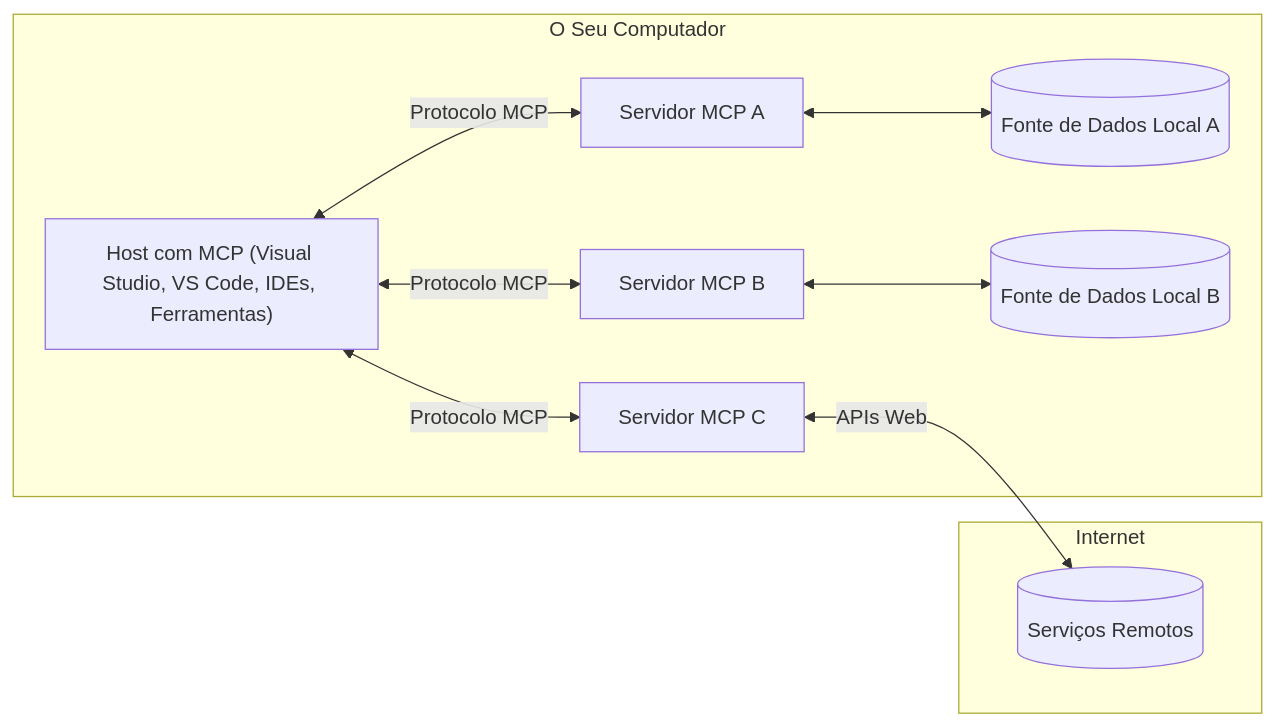
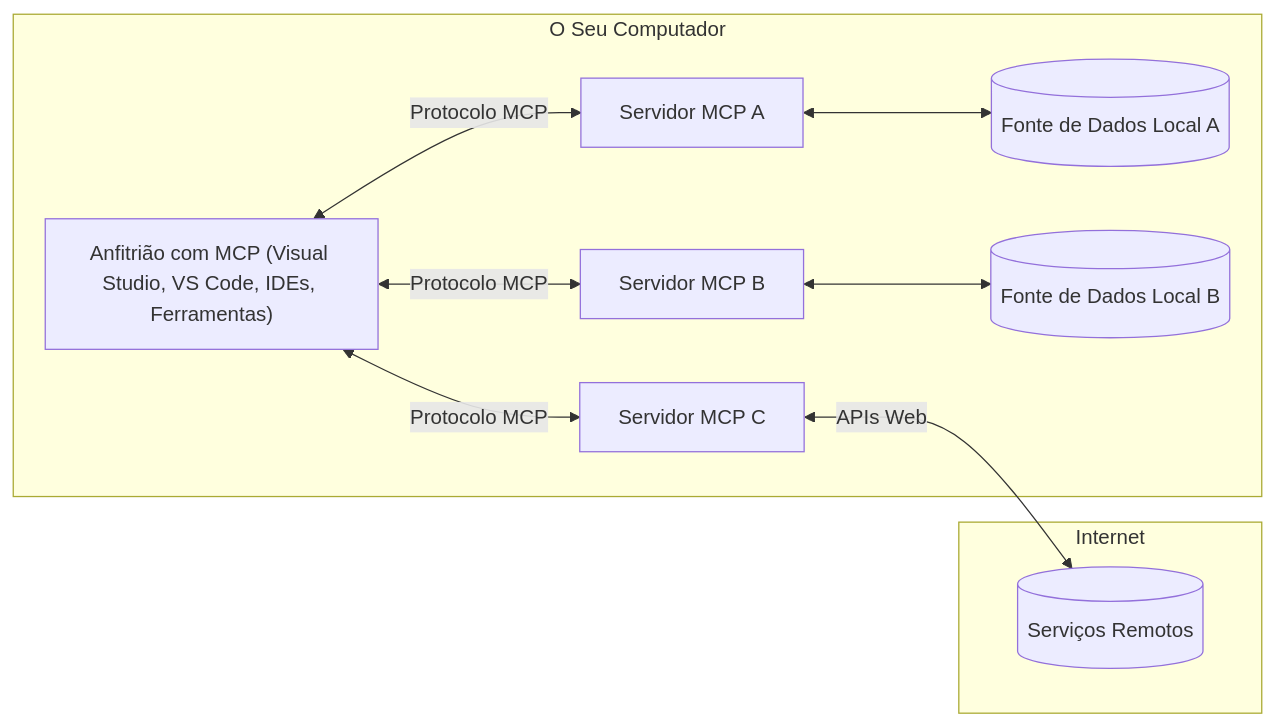
The diagram in translations/pt-PT/01-CoreConcepts/README.md (Mu-L/mcp-for-beginners), drawn with Mermaid before and after one commit. The commit also changed other lines of this file and 5 other files, not shown here.

````diff
--- a/translations/pt-PT/01-CoreConcepts/README.md
+++ b/translations/pt-PT/01-CoreConcepts/README.md
@@ -45,17 +45,17 @@
 ```mermaid
 flowchart LR
     subgraph "O Seu Computador"
-        Host["Host com MCP (Visual Studio, VS Code, IDEs, Ferramentas)"]
+        Host["Anfitrião com MCP (Visual Studio, VS Code, IDEs, Ferramentas)"]
         S1["Servidor MCP A"]
         S2["Servidor MCP B"]
         S3["Servidor MCP C"]
         Host <-->|"Protocolo MCP"| S1
         Host <-->|"Protocolo MCP"| S2
         Host <-->|"Protocolo MCP"| S3
         S1 <--> D1[("Fonte de Dados Local A")]
         S2 <--> D2[("Fonte de Dados Local B")]
     end
     subgraph "Internet"
         S3 <-->|"APIs Web"| D3[("Serviços Remotos")]
     end
 ```
````
